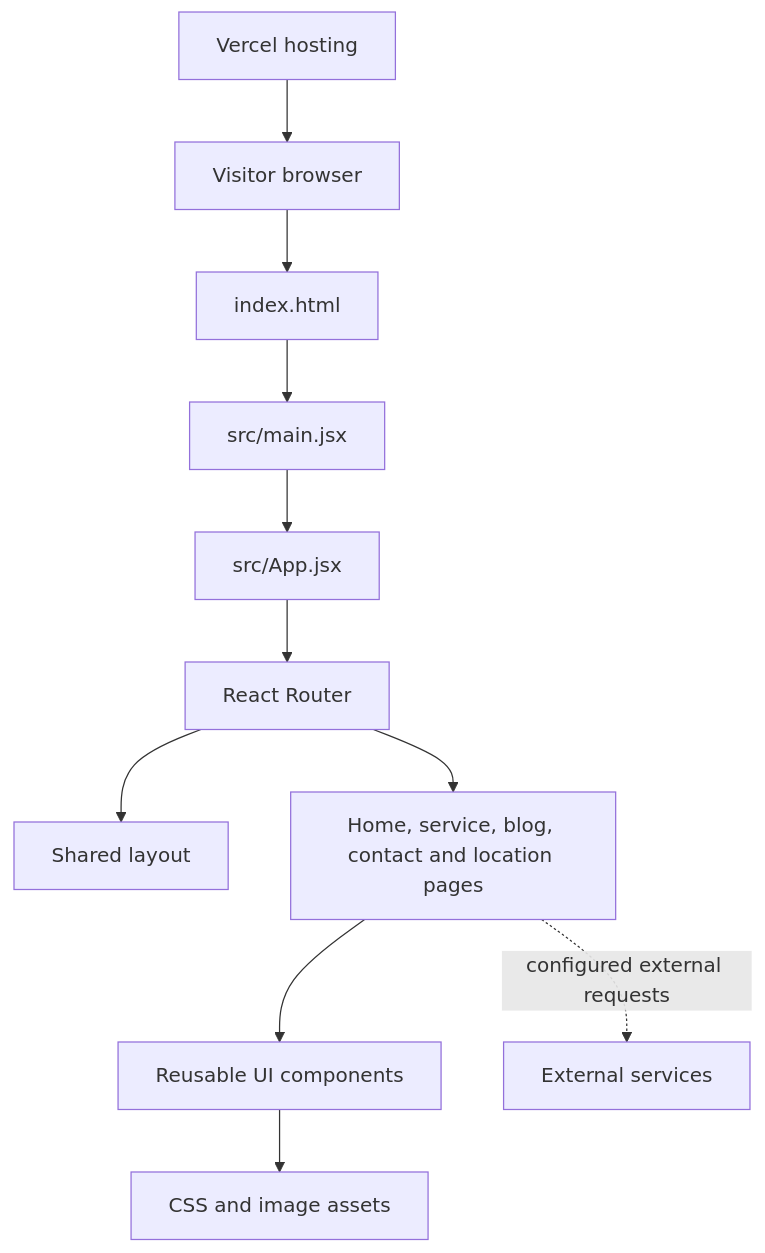
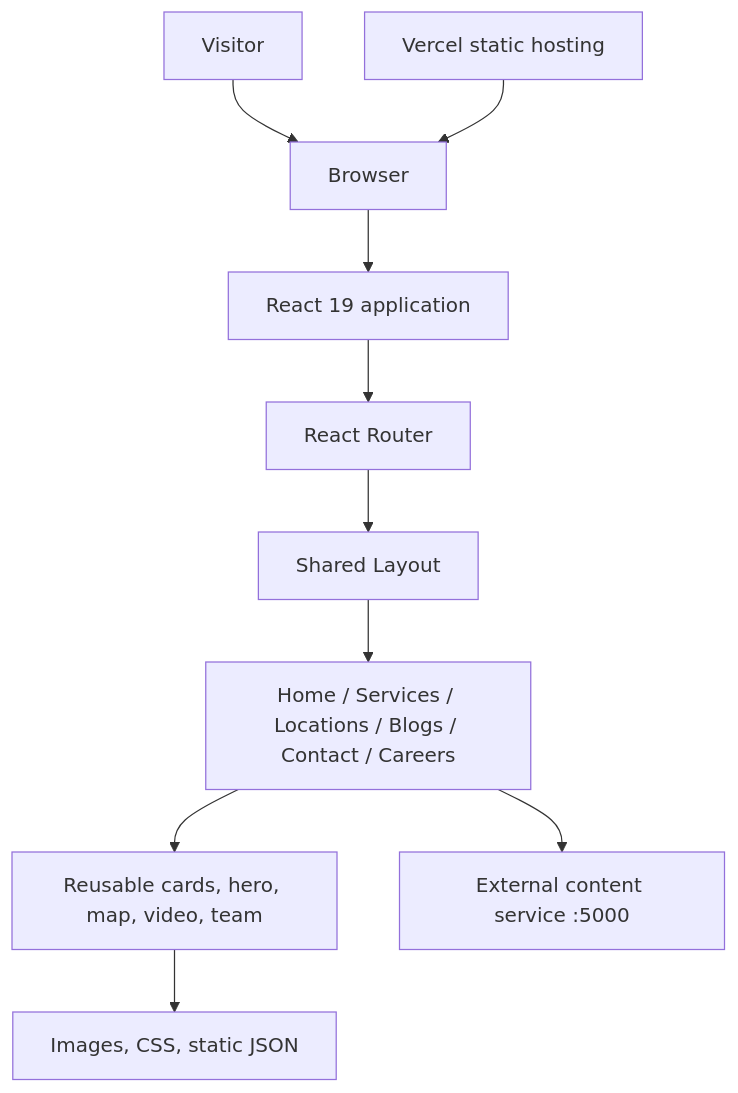
Before and after one commit to Brajesh31/Kennedyconcrete: the diagram in docs/ARCHITECTURE.md, drawn with Mermaid. The commit also changed other lines of this file and 16 other files, not shown here.

````diff
--- a/docs/ARCHITECTURE.md
+++ b/docs/ARCHITECTURE.md
@@ -6,13 +9,12 @@
 ```mermaid
 flowchart TD
-  Browser[Visitor browser] --> Index[index.html]
-  Index --> Main[src/main.jsx]
-  Main --> App[src/App.jsx]
-  App --> Router[React Router]
-  Router --> Layout[Shared layout]
-  Router --> Pages[Home, service, blog, contact and location pages]
-  Pages --> Components[Reusable UI components]
-  Components --> Assets[CSS and image assets]
-  Pages -. configured external requests .-> Services[External services]
-  Vercel[Vercel hosting] --> Browser
+  Visitor[Visitor] --> Browser[Browser]
+  Browser --> React[React 19 application]
+  React --> Router[React Router]
+  Router --> Layout[Shared Layout]
+  Layout --> Pages[Home / Services / Locations / Blogs / Contact / Careers]
+  Pages --> Components[Reusable cards, hero, map, video, team]
+  Components --> Assets[Images, CSS, static JSON]
+  Pages --> LocalAPI[External content service :5000]
+  Vercel[Vercel static hosting] --> Browser
 ```
````
